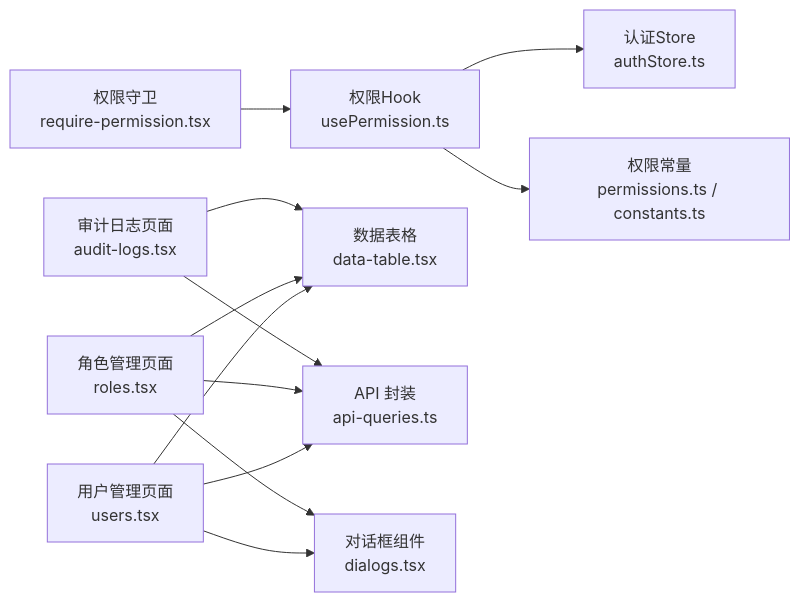
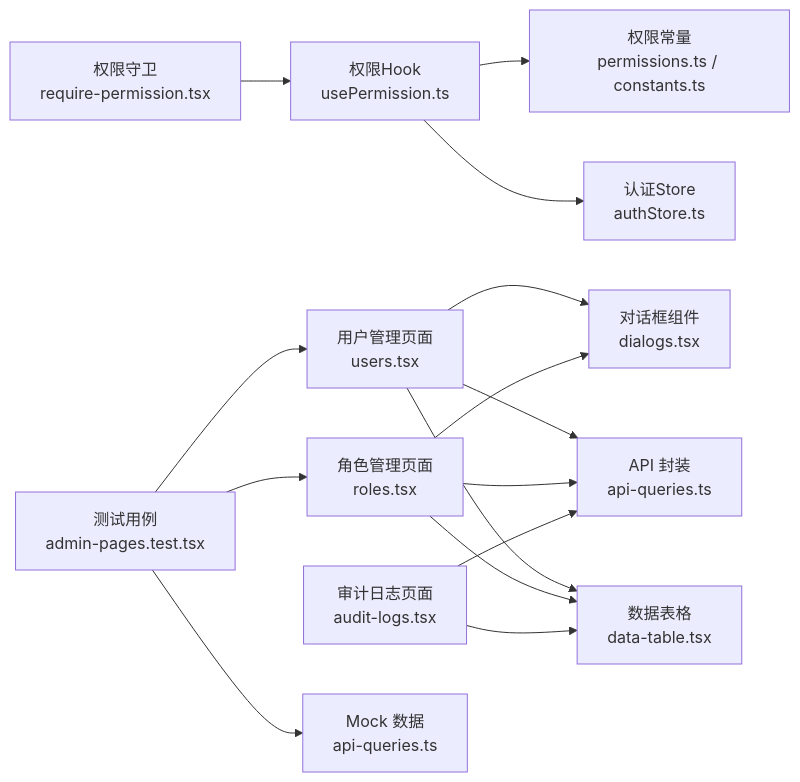
Before and after one commit to Damao997/newproject: the tenth of 10 diagrams in .qoder/repowiki/zh/content/页面组件/管理系统页面.md, drawn with Mermaid. The commit also changed other lines of this file and 62 other files, not shown here.

````diff
--- a/.qoder/repowiki/zh/content/页面组件/管理系统页面.md
+++ b/.qoder/repowiki/zh/content/页面组件/管理系统页面.md
@@ -400,14 +487,17 @@
 ```mermaid
 graph LR
 Guard["权限守卫<br/>require-permission.tsx"] --> PermHook["权限Hook<br/>usePermission.ts"]
 PermHook --> AuthStore["认证Store<br/>authStore.ts"]
 PermHook --> PermConst["权限常量<br/>permissions.ts / constants.ts"]
 UsersPage["用户管理页面<br/>users.tsx"] --> DataTable["数据表格<br/>data-table.tsx"]
 UsersPage --> API["API 封装<br/>api-queries.ts"]
 RolesPage["角色管理页面<br/>roles.tsx"] --> DataTable
 RolesPage --> API
 AuditPage["审计日志页面<br/>audit-logs.tsx"] --> DataTable
 AuditPage --> API
 UsersPage --> Dialogs["对话框组件<br/>dialogs.tsx"]
 RolesPage --> Dialogs
+Test["测试用例<br/>admin-pages.test.tsx"] --> UsersPage
+Test --> RolesPage
+Test --> Mock["Mock 数据<br/>api-queries.ts"]
 ```
````
